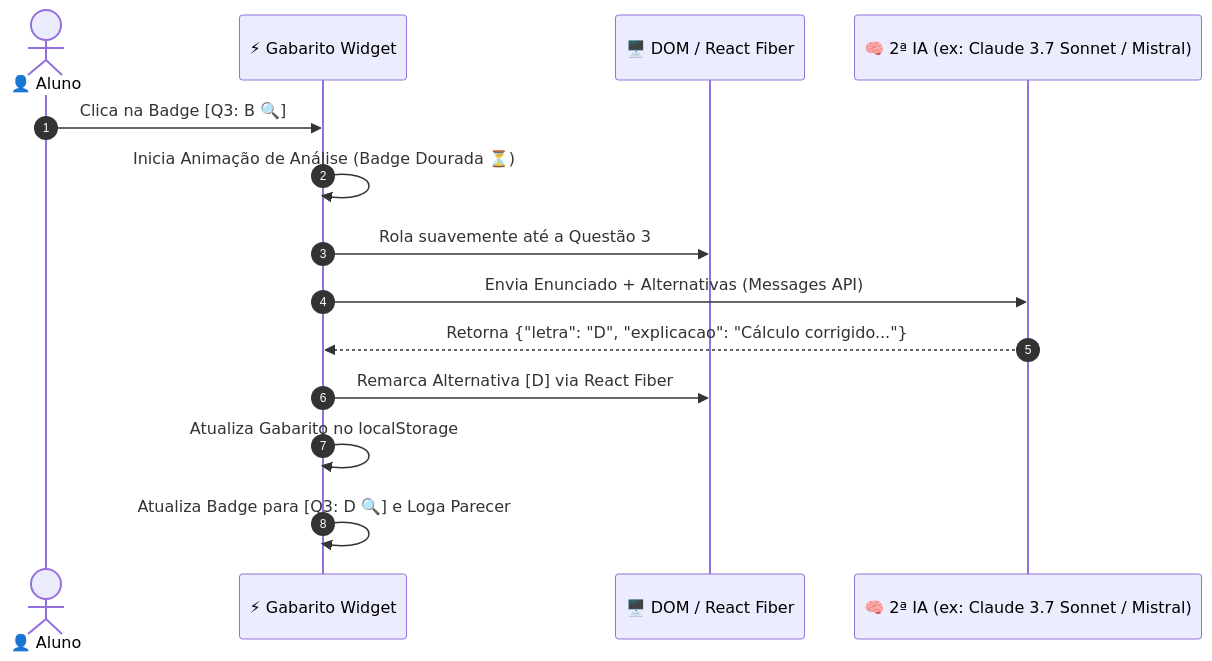
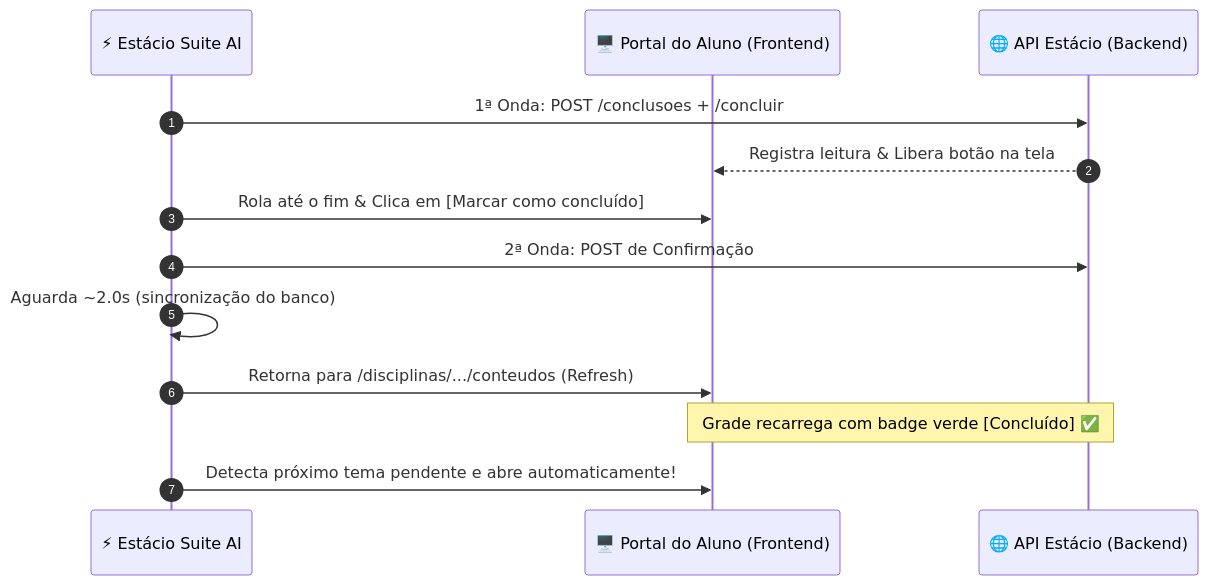
One commit to m3coder/estragacio changed the second of 2 diagrams in README.md. Above: the diagram before and after it, drawn with Mermaid. The commit also changed other lines of this file and 6 other files, not shown here.

Commit message:
fix(sync): unify storage sync between popup dashboard and in-page widget, and update READMEs for v2.0.1

````diff
--- a/README.md
+++ b/README.md
@@ -89,17 +94,16 @@
 ```mermaid
 sequenceDiagram
     autonumber
-    actor Aluno as 👤 Aluno
-    participant Widget as ⚡ Gabarito Widget
-    participant DOM as 🖥️ DOM / React Fiber
-    participant AI2 as 🧠 2ª IA (ex: Claude 3.7 Sonnet / Mistral)
+    participant Auto as ⚡ Estácio Suite AI
+    participant Portal as 🖥️ Portal do Aluno (Frontend)
+    participant API as 🌐 API Estácio (Backend)
 
-    Aluno->>Widget: Clica na Badge [Q3: B 🔍]
-    Widget->>Widget: Inicia Animação de Análise (Badge Dourada ⏳)
-    Widget->>DOM: Rola suavemente até a Questão 3
-    Widget->>AI2: Envia Enunciado + Alternativas (Messages API)
-    AI2-->>Widget: Retorna {"letra": "D", "explicacao": "Cálculo corrigido..."}
-    Widget->>DOM: Remarca Alternativa [D] via React Fiber
-    Widget->>Widget: Atualiza Gabarito no localStorage
-    Widget->>Widget: Atualiza Badge para [Q3: D 🔍] e Loga Parecer
+    Auto->>API: 1ª Onda: POST /conclusoes + /concluir
+    API-->>Portal: Registra leitura & Libera botão na tela
+    Auto->>Portal: Rola até o fim & Clica em [Marcar como concluído]
+    Auto->>API: 2ª Onda: POST de Confirmação
+    Auto->>Auto: Aguarda ~2.0s (sincronização do banco)
+    Auto->>Portal: Retorna para /disciplinas/.../conteudos (Refresh)
+    Note over Portal,API: Grade recarrega com badge verde [Concluído] ✅
+    Auto->>Portal: Detecta próximo tema pendente e abre automaticamente!
 ```
````
